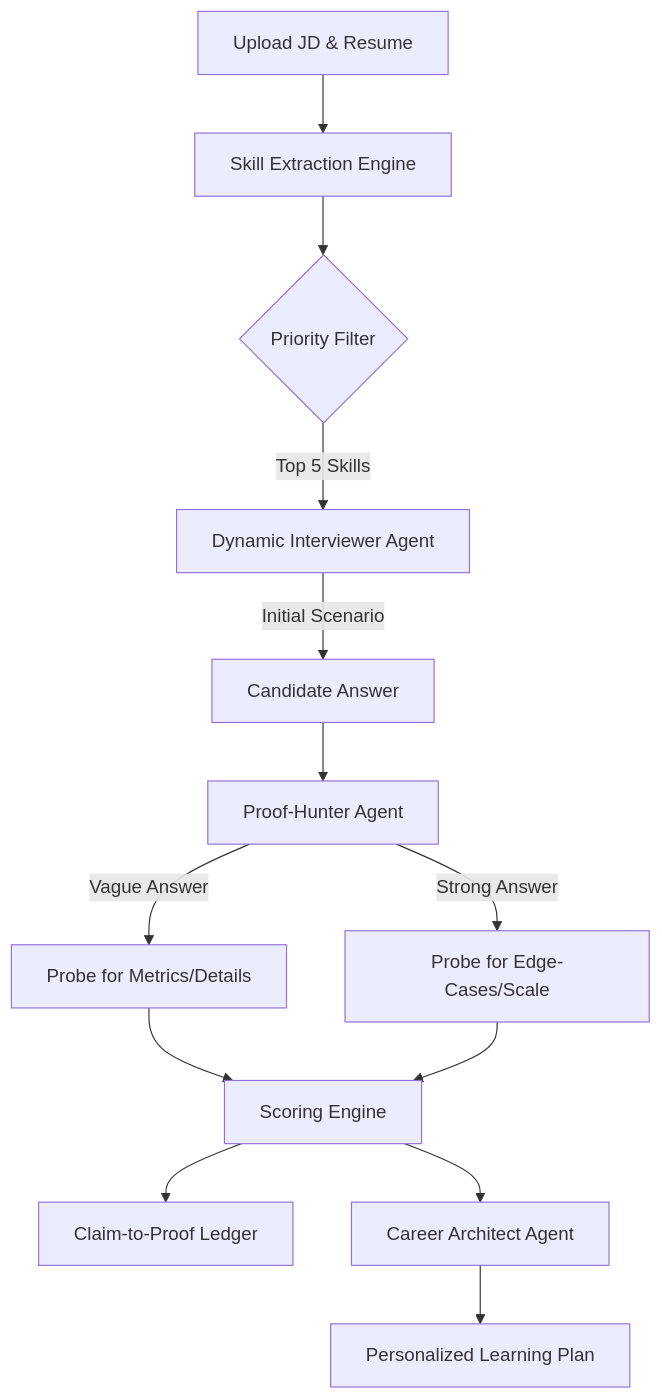
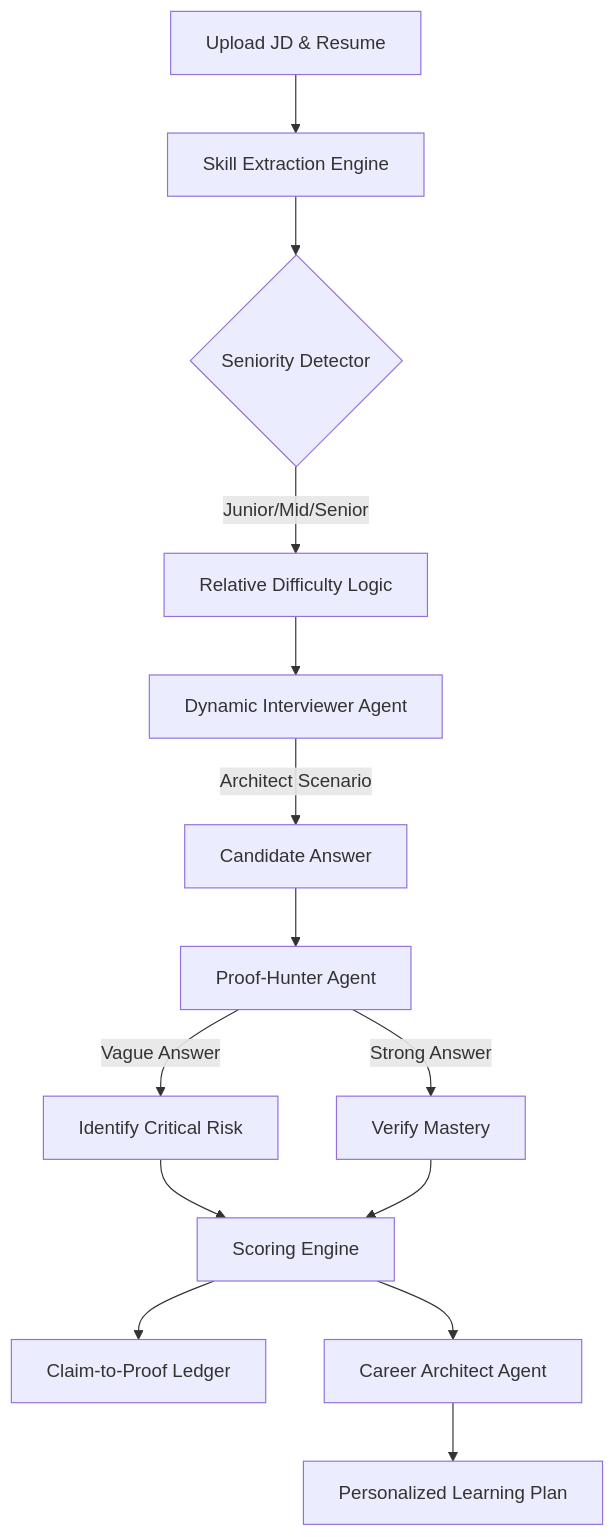
Before and after one commit to Sehaj64/catalyst-talent-agent: the diagram in README.md, drawn with Mermaid. The commit also changed other lines of this file and 1 other file, not shown here.

Commit message:
UI Cleanup: Removed AI status badges/captions and updated README to reflect Gemini 3 Pro and Relative Difficulty feature.

````diff
--- a/README.md
+++ b/README.md
@@ -17,15 +17,16 @@
 ```mermaid
 graph TD;
     A[Upload JD & Resume] --> B[Skill Extraction Engine]
-    B --> C{Priority Filter}
-    C -->|Top 5 Skills| D[Dynamic Interviewer Agent]
-    D -->|Initial Scenario| E[Candidate Answer]
-    E --> F[Proof-Hunter Agent]
-    F -->|Vague Answer| G[Probe for Metrics/Details]
-    F -->|Strong Answer| H[Probe for Edge-Cases/Scale]
-    G --> I[Scoring Engine]
-    H --> I
-    I --> J[Claim-to-Proof Ledger]
-    I --> K[Career Architect Agent]
-    K --> L[Personalized Learning Plan]
+    B --> C{Seniority Detector}
+    C -->|Junior/Mid/Senior| D[Relative Difficulty Logic]
+    D --> E[Dynamic Interviewer Agent]
+    E -->|Architect Scenario| F[Candidate Answer]
+    F --> G[Proof-Hunter Agent]
+    G -->|Vague Answer| H[Identify Critical Risk]
+    G -->|Strong Answer| I[Verify Mastery]
+    H --> J[Scoring Engine]
+    I --> J
+    J --> K[Claim-to-Proof Ledger]
+    J --> L[Career Architect Agent]
+    L --> M[Personalized Learning Plan]
 ```
````
